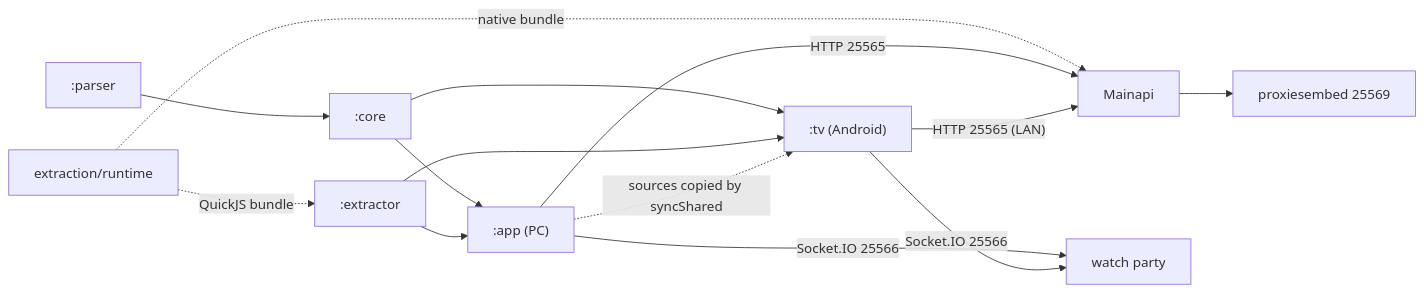
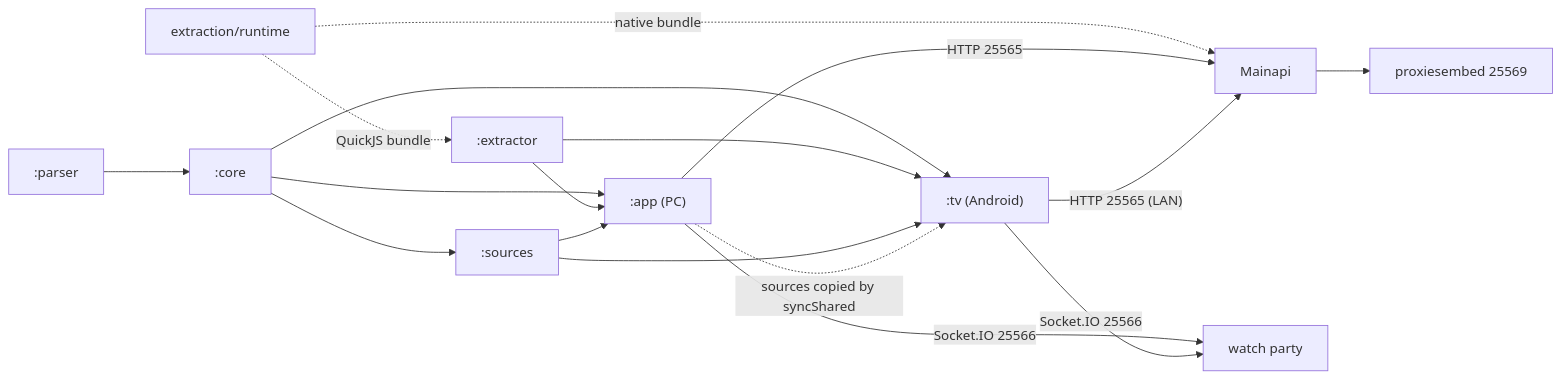
One commit to iwelioum/Sokoul changed the diagram in docs/architecture.md. Above: the diagram before and after it, drawn with Mermaid. The commit also changed other lines of this file and 34 other files, not shown here.

````diff
--- a/docs/architecture.md
+++ b/docs/architecture.md
@@ -22,16 +23,19 @@
 ```mermaid
 flowchart LR
   parser[":parser"] --> core[":core"]
   core --> app[":app (PC)"]
   extractor[":extractor"] --> app
   core --> tv[":tv (Android)"]
   extractor --> tv
+  core --> sources[":sources"]
+  sources --> app
+  sources --> tv
   app -. "sources copied by syncShared" .-> tv
   ext["extraction/runtime"] -. "QuickJS bundle" .-> extractor
   ext -. "native bundle" .-> mainapi
   app -- "HTTP 25565" --> mainapi["Mainapi"]
   tv -- "HTTP 25565 (LAN)" --> mainapi
   mainapi --> proxy["proxiesembed 25569"]
   app -- "Socket.IO 25566" --> party["watch party"]
   tv -- "Socket.IO 25566" --> party
 ```
````
